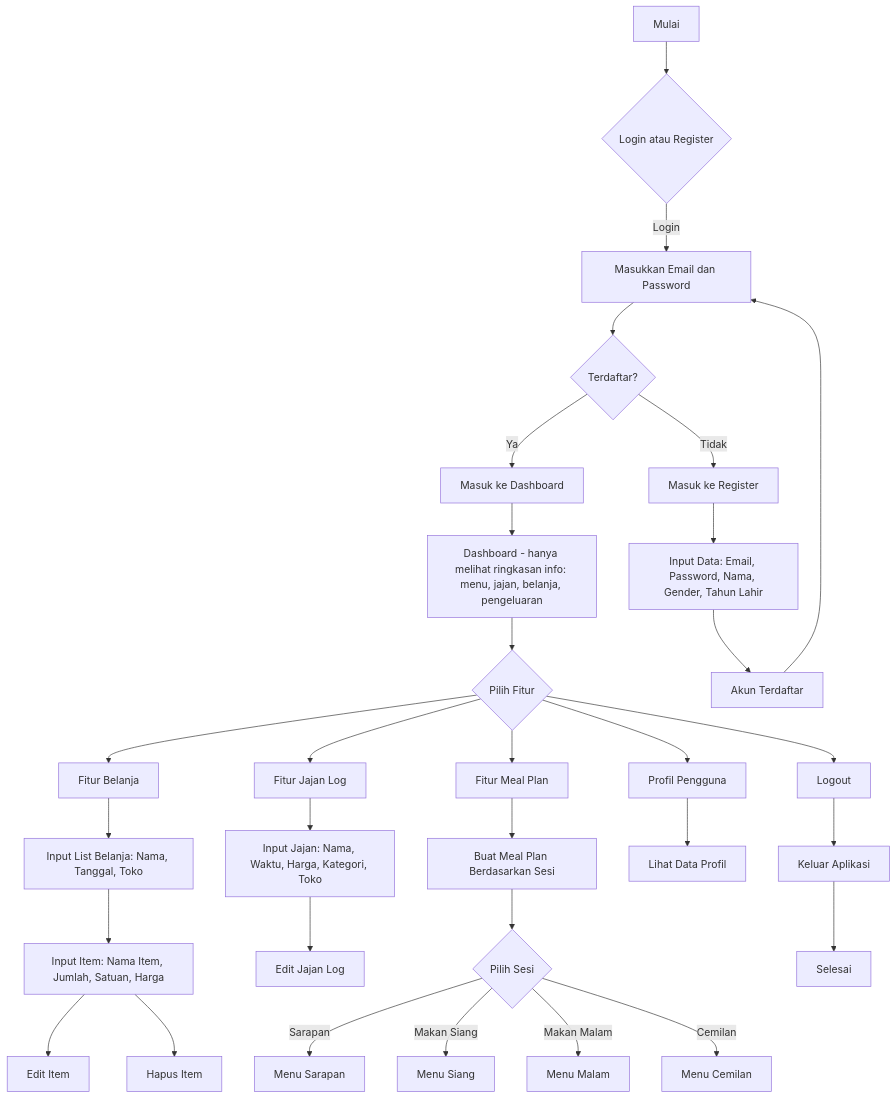
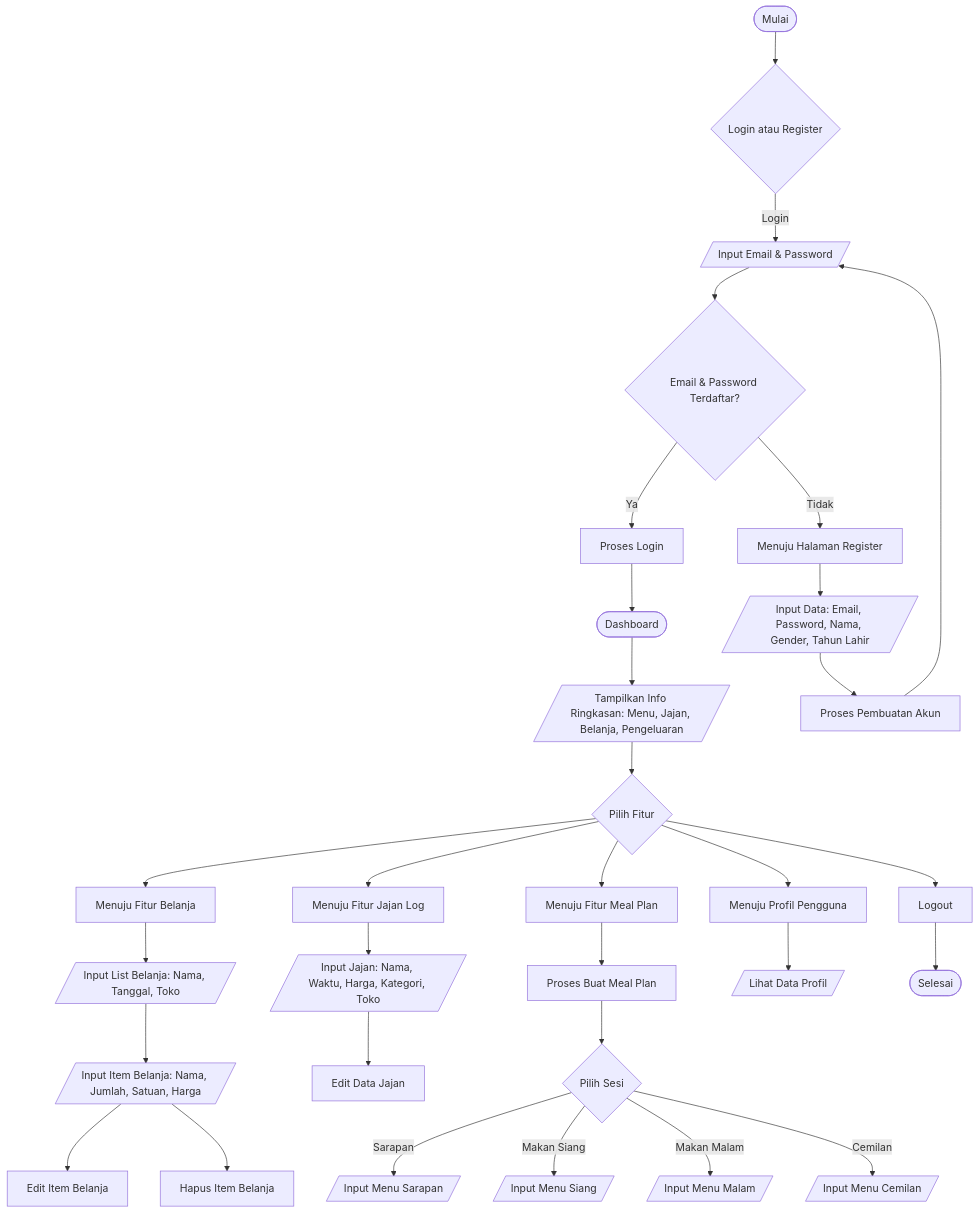
Before and after one commit to alfathya/LSP-Project: the diagram in README.md, drawn with Mermaid.

````diff
--- a/README.md
+++ b/README.md
@@ -3,50 +3,53 @@
 ```mermaid
 flowchart TD
-    A[Mulai] --> B{Login atau Register}
-    
-    B --> |Login| C[Masukkan Email dan Password]
-    C --> D{Terdaftar?}
-    D --> |Ya| E[Masuk ke Dashboard]
-    D --> |Tidak| F[Masuk ke Register]
+    %% START
+    A([Mulai]) --> B{Login atau Register}
 
-    F --> G[Input Data: Email, Password, Nama, Gender, Tahun Lahir]
-    G --> H[Akun Terdaftar]
+    %% LOGIN BRANCH
+    B --> |Login| C[/Input Email & Password/]
+    C --> D{Email & Password Terdaftar?}
+    D --> |Ya| E[Proses Login]
+    D --> |Tidak| F[Menuju Halaman Register]
+
+    %% REGISTER BRANCH
+    F --> G[/Input Data: Email, Password, Nama, Gender, Tahun Lahir/]
+    G --> H[Proses Pembuatan Akun]
     H --> C
 
     %% DASHBOARD
-    E --> I[Dashboard - hanya melihat ringkasan info: menu, jajan, belanja, pengeluaran]
-
-    I --> K{Pilih Fitur}
-    K --> L1[Fitur Belanja]
-    K --> L2[Fitur Jajan Log]
-    K --> L3[Fitur Meal Plan]
-    K --> L4[Profil Pengguna]
-    K --> L5[Logout]
-
+    E --> I([Dashboard])
+    I --> J[/Tampilkan Info Ringkasan: Menu, Jajan, Belanja, Pengeluaran/]
+    J --> K{Pilih Fitur}
+    
     %% FITUR BELANJA
-    L1 --> M1[Input List Belanja: Nama, Tanggal, Toko]
-    M1 --> M2[Input Item: Nama Item, Jumlah, Satuan, Harga]
-    M2 --> M3[Edit Item]
-    M2 --> M4[Hapus Item]
+    K --> L1[Menuju Fitur Belanja]
+    L1 --> M1[/Input List Belanja: Nama, Tanggal, Toko/]
+    M1 --> M2[/Input Item Belanja: Nama, Jumlah, Satuan, Harga/]
+    M2 --> M3[Edit Item Belanja]
+    M2 --> M4[Hapus Item Belanja]
 
     %% FITUR JAJAN LOG
-    L2 --> N1[Input Jajan: Nama, Waktu, Harga, Kategori, Toko]
-    N1 --> N2[Edit Jajan Log]
+    K --> L2[Menuju Fitur Jajan Log]
+    L2 --> N1[/Input Jajan: Nama, Waktu, Harga, Kategori, Toko/]
+    N1 --> N2[Edit Data Jajan]
 
     %% FITUR MEAL PLAN
-    L3 --> O1[Buat Meal Plan Berdasarkan Sesi]
+    K --> L3[Menuju Fitur Meal Plan]
+    L3 --> O1[Proses Buat Meal Plan]
     O1 --> O2{Pilih Sesi}
-    O2 --> |Sarapan| O3[Menu Sarapan]
-    O2 --> |Makan Siang| O4[Menu Siang]
-    O2 --> |Makan Malam| O5[Menu Malam]
-    O2 --> |Cemilan| O6[Menu Cemilan]
+    O2 --> |Sarapan| O3[/Input Menu Sarapan/]
+    O2 --> |Makan Siang| O4[/Input Menu Siang/]
+    O2 --> |Makan Malam| O5[/Input Menu Malam/]
+    O2 --> |Cemilan| O6[/Input Menu Cemilan/]
 
-    %% PROFILE
-    L4 --> P1[Lihat Data Profil]
+    %% FITUR PROFIL
+    K --> L4[Menuju Profil Pengguna]
+    L4 --> P1[/Lihat Data Profil/]
 
     %% LOGOUT
-    L5 --> Q[Keluar Aplikasi]
-    Q --> R[Selesai]
+    K --> L5[Logout]
+    L5 --> Q([Selesai])
+
 
 
 ```
````
